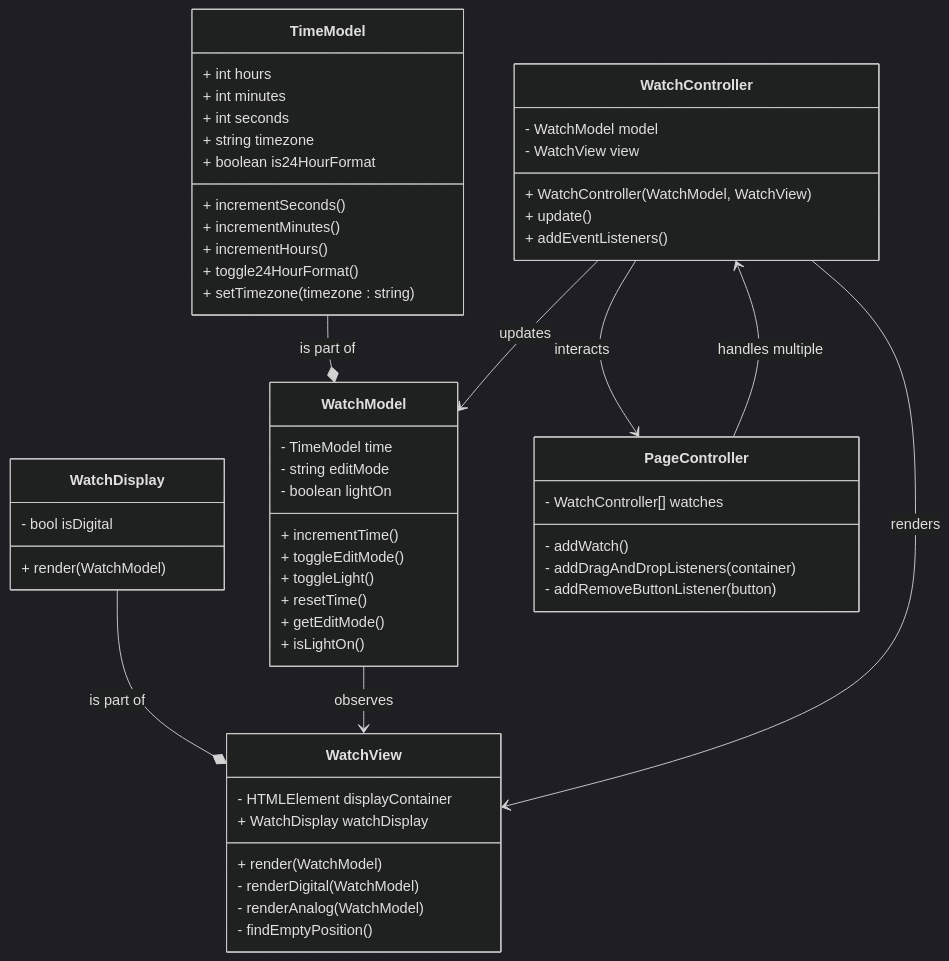
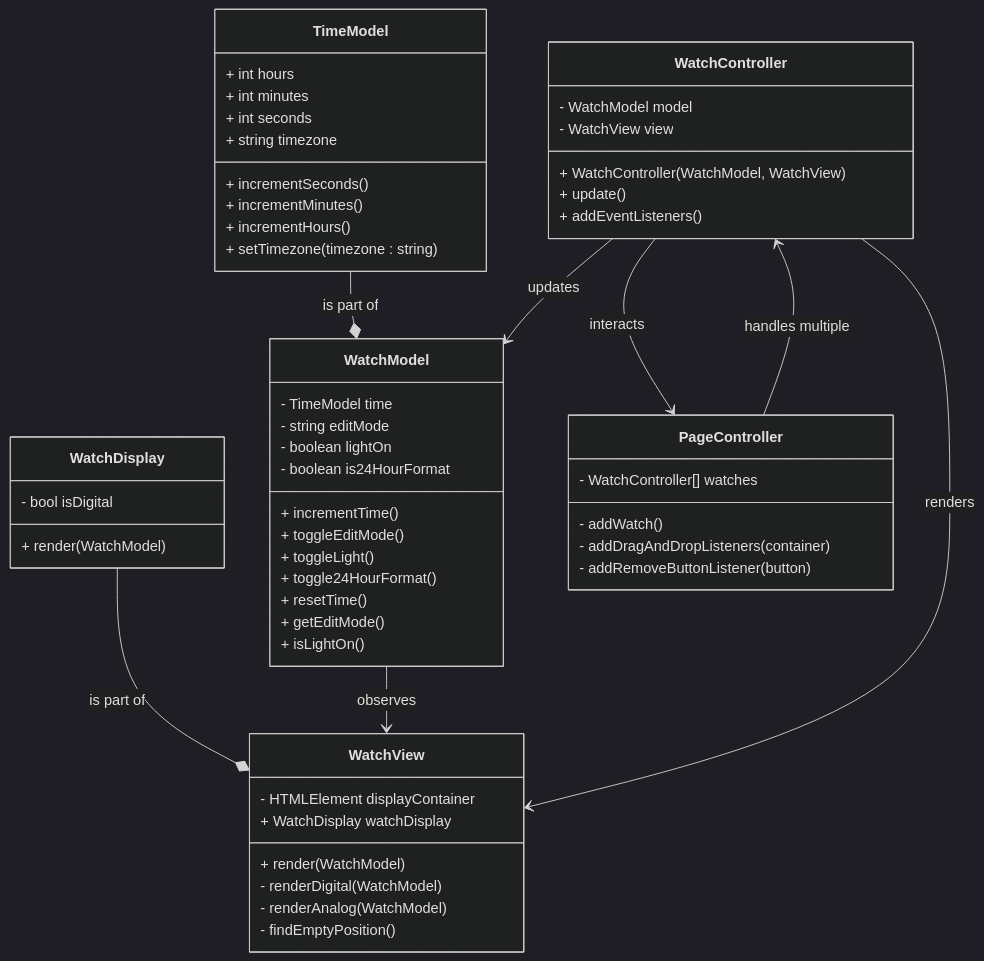
Before and after one commit to igor-sensei/watch-mvc: the diagram in doc/uml_part_c.md, drawn with Mermaid (dark theme). The commit also changed 7 other files, not shown here.

First line of the commit message:
Move is24HourFormat to WatchModel

````diff
--- a/doc/uml_part_c.md
+++ b/doc/uml_part_c.md
@@ -17,72 +17,72 @@
 ```mermaid
 classDiagram
 class TimeModel {
     + int hours
     + int minutes
     + int seconds
     + string timezone
-    + boolean is24HourFormat
 
     + incrementSeconds()
     + incrementMinutes()
     + incrementHours()
-    + toggle24HourFormat()
     + setTimezone(timezone : string)
 }
 
 class WatchModel {
     - TimeModel time
     - string editMode
     - boolean lightOn
+    - boolean is24HourFormat
 
     + incrementTime()
     + toggleEditMode()
     + toggleLight()
+    + toggle24HourFormat()
     + resetTime()
 
     + getEditMode()
     + isLightOn()
 }
 
 class WatchDisplay {
     - bool isDigital
     + render(WatchModel)
 }
 
 class WatchView {
     - HTMLElement displayContainer
     + WatchDisplay watchDisplay
 
     + render(WatchModel)
     - renderDigital(WatchModel)
     - renderAnalog(WatchModel)
     - findEmptyPosition()
 }
 
 class WatchController {
     - WatchModel model
     - WatchView view
 
     + WatchController(WatchModel, WatchView)
     + update()
     + addEventListeners()
 }
 
 class PageController {
     - WatchController[] watches
 
     - addWatch()
     - addDragAndDropListeners(container)
     - addRemoveButtonListener(button)
 }
 
 TimeModel --* WatchModel : is part of
 WatchDisplay --* WatchView : is part of
 
 WatchModel --> WatchView : observes
 WatchController --> WatchModel : updates
 WatchController --> WatchView : renders
 
 WatchController --> PageController : interacts
 PageController --> WatchController : handles multiple
 ```
````
